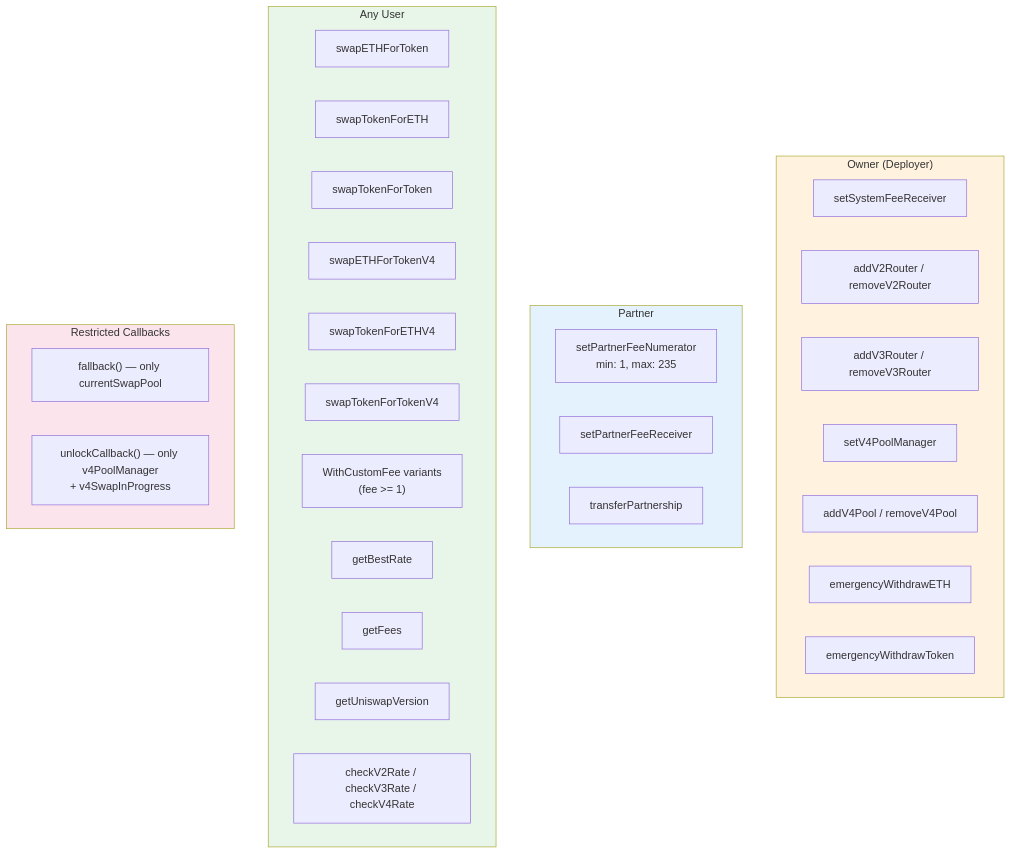
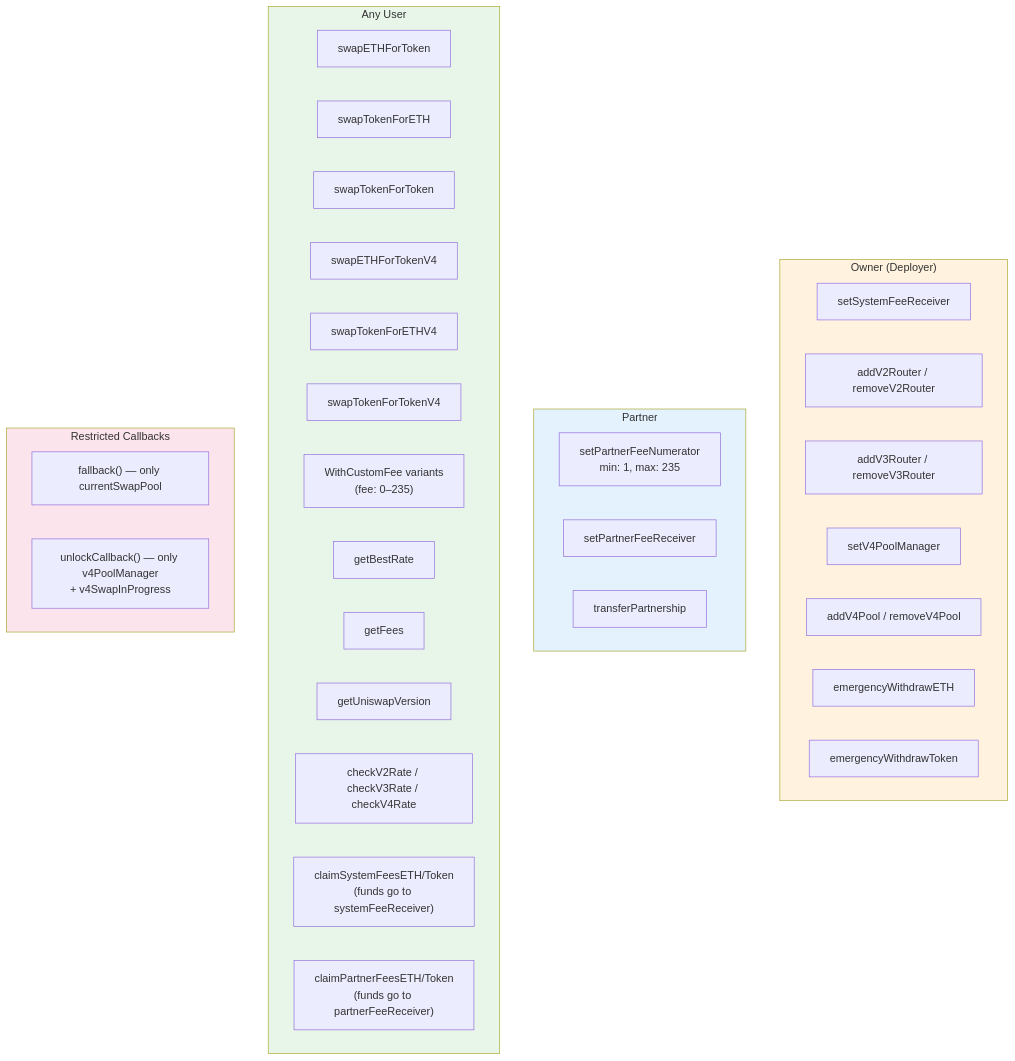
Diagram 12 of 13 in docs/SWAP_FLOW_DIAGRAMS.md (davidwyly/DEN), drawn with Mermaid before and after one commit. The commit also changed other lines of this file and 6 other files, not shown here.

````diff
--- a/docs/SWAP_FLOW_DIAGRAMS.md
+++ b/docs/SWAP_FLOW_DIAGRAMS.md
@@ -341,42 +373,44 @@
 ```mermaid
 graph TB
     subgraph Owner["Owner (Deployer)"]
         O1[setSystemFeeReceiver]
         O2[addV2Router / removeV2Router]
         O3[addV3Router / removeV3Router]
         O4[setV4PoolManager]
         O5[addV4Pool / removeV4Pool]
         O6[emergencyWithdrawETH]
         O7[emergencyWithdrawToken]
     end
 
     subgraph Partner["Partner"]
         P1[setPartnerFeeNumerator<br/>min: 1, max: 235]
         P2[setPartnerFeeReceiver]
         P3[transferPartnership]
     end
 
     subgraph Public["Any User"]
         U1[swapETHForToken]
         U2[swapTokenForETH]
         U3[swapTokenForToken]
         U4[swapETHForTokenV4]
         U5[swapTokenForETHV4]
         U6[swapTokenForTokenV4]
-        U7["WithCustomFee variants<br/>(fee >= 1)"]
+        U7["WithCustomFee variants<br/>(fee: 0–235)"]
         U8[getBestRate]
         U9[getFees]
         U10[getUniswapVersion]
         U11[checkV2Rate / checkV3Rate / checkV4Rate]
+        U12["claimSystemFeesETH/Token<br/>(funds go to systemFeeReceiver)"]
+        U13["claimPartnerFeesETH/Token<br/>(funds go to partnerFeeReceiver)"]
     end
 
     subgraph Callback["Restricted Callbacks"]
         CB1["fallback() — only currentSwapPool"]
         CB2["unlockCallback() — only v4PoolManager<br/>+ v4SwapInProgress"]
     end
 
     style Owner fill:#fff3e0
     style Partner fill:#e3f2fd
     style Public fill:#e8f5e9
     style Callback fill:#fce4ec
 ```
````
